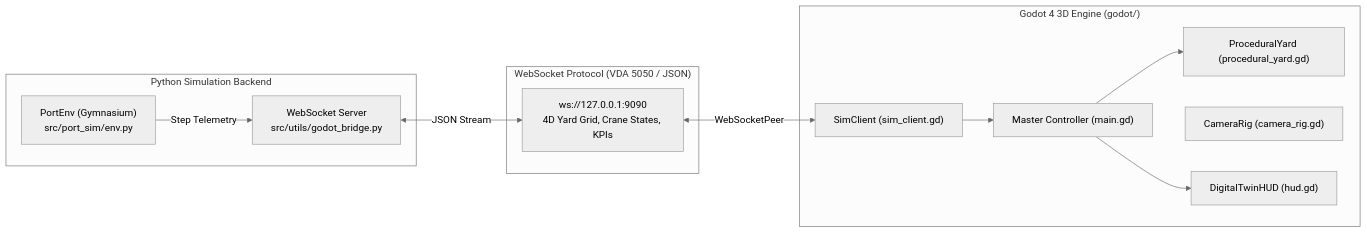
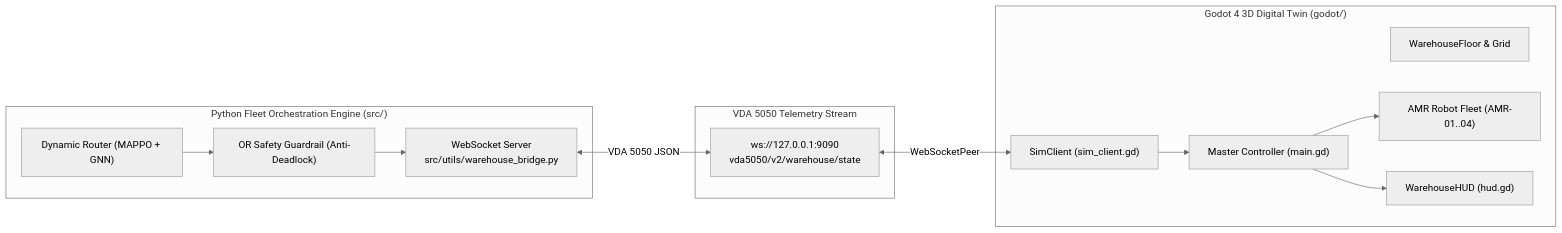
One commit to QuangManhAI/RL_port_scheduling_container changed the diagram in godot/README.md. Above: the diagram before and after it, drawn with Mermaid (neutral theme). The commit also changed other lines of this file and 34 other files, not shown here.

First line of the commit message:
feat(godot): pivot digital twin to smart warehouse amr fleet coordination

````diff
--- a/godot/README.md
+++ b/godot/README.md
@@ -17,27 +17,28 @@
 ```mermaid
 flowchart LR
-    subgraph PY["Python Simulation Backend"]
-        ENV["PortEnv (Gymnasium)\nsrc/port_sim/env.py"]
-        BRIDGE["WebSocket Server\nsrc/utils/godot_bridge.py"]
-        ENV -->|Step Telemetry| BRIDGE
+    subgraph PY["Python Fleet Orchestration Engine (src/)"]
+        MARL["Dynamic Router (MAPPO + GNN)"]
+        GUARD["OR Safety Guardrail (Anti-Deadlock)"]
+        BRIDGE["WebSocket Server\nsrc/utils/warehouse_bridge.py"]
+        MARL --> GUARD --> BRIDGE
     end
 
-    subgraph NET["WebSocket Protocol (VDA 5050 / JSON)"]
-        WS["ws://127.0.0.1:9090\n4D Yard Grid, Crane States, KPIs"]
+    subgraph NET["VDA 5050 Telemetry Stream"]
+        WS["ws://127.0.0.1:9090\nvda5050/v2/warehouse/state"]
     end
 
-    subgraph GODOT["Godot 4 3D Engine (godot/)"]
+    subgraph GODOT["Godot 4 3D Digital Twin (godot/)"]
         CLIENT["SimClient (sim_client.gd)"]
         MAIN["Master Controller (main.gd)"]
-        YARD["ProceduralYard (procedural_yard.gd)"]
-        CAM["CameraRig (camera_rig.gd)"]
-        HUD["DigitalTwinHUD (hud.gd)"]
+        FLOOR["WarehouseFloor & Grid"]
+        FLEET["AMR Robot Fleet (AMR-01..04)"]
+        HUD["WarehouseHUD (hud.gd)"]
 
         CLIENT --> MAIN
-        MAIN --> YARD
+        MAIN --> FLEET
         MAIN --> HUD
     end
 
-    BRIDGE <-->|JSON Stream| WS
+    BRIDGE <-->|VDA 5050 JSON| WS
     WS <-->|WebSocketPeer| CLIENT
 ```
````
